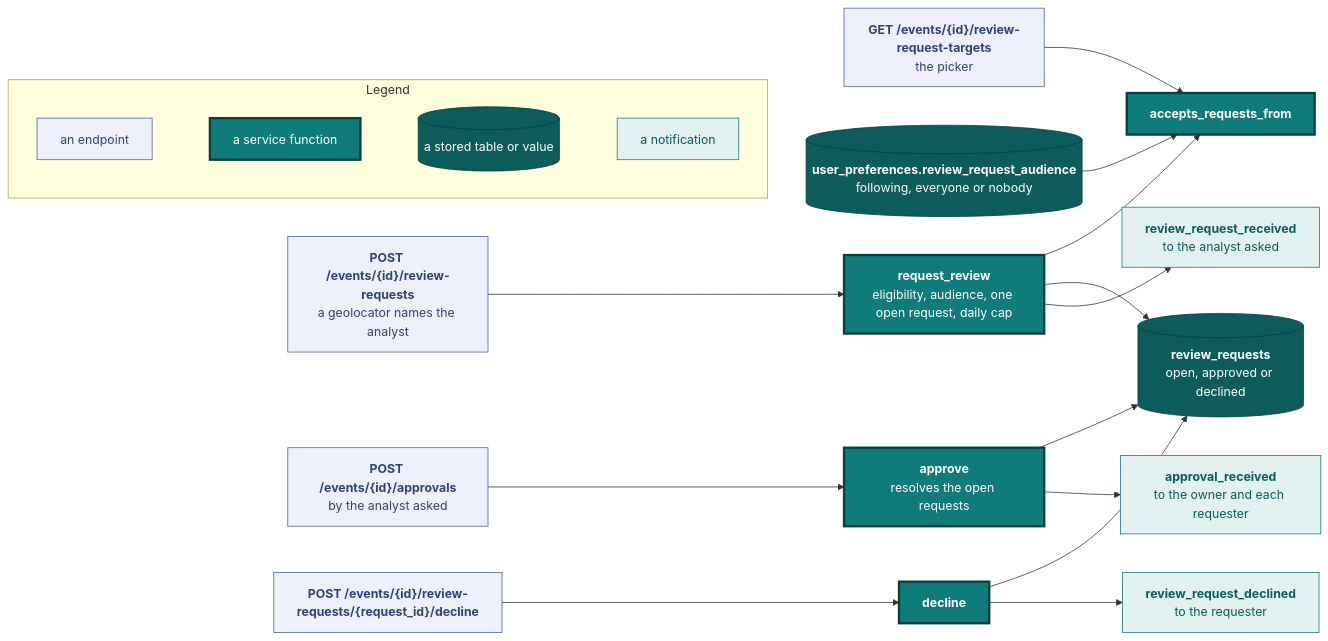
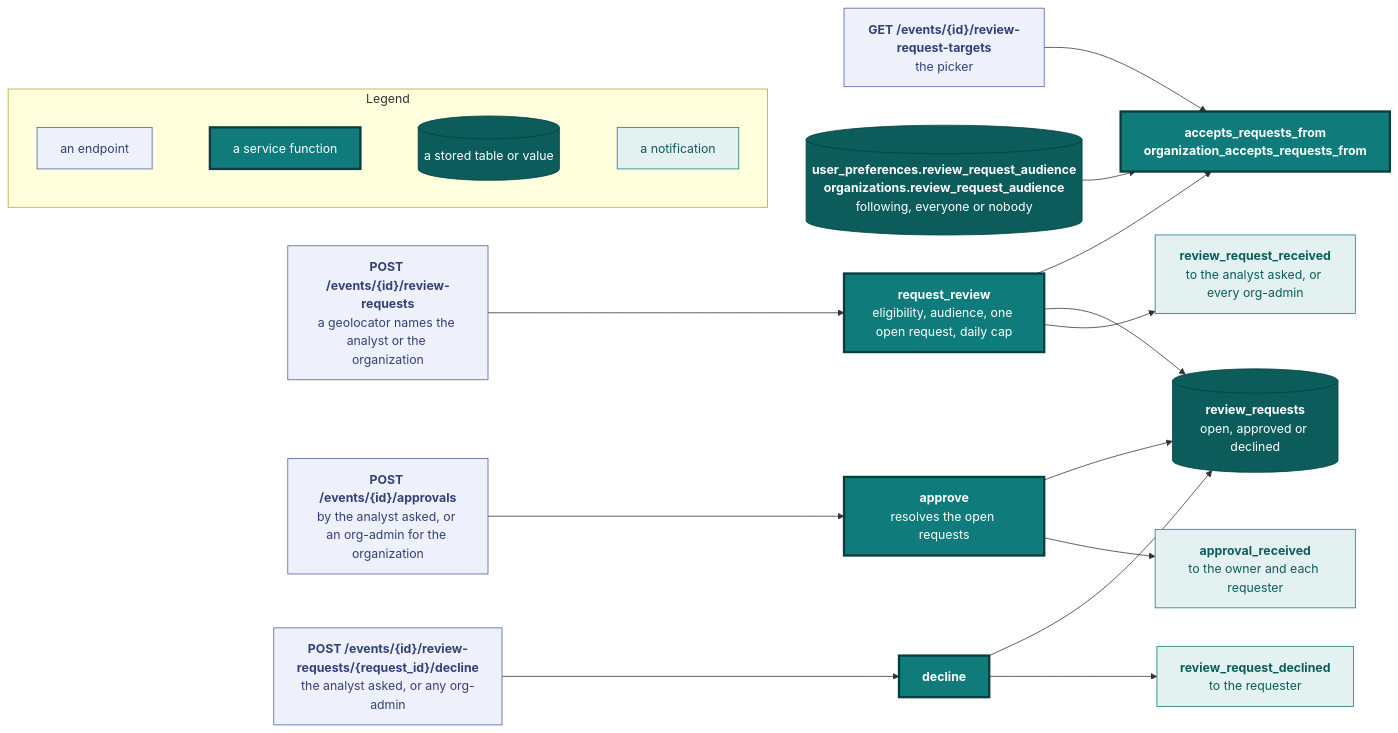
One commit to vidithq/vidit changed the fifth of 8 diagrams in docs/api.md. Above: the diagram before and after it, drawn with Mermaid. The commit also changed other lines of this file and 47 other files, not shown here.

First line of the commit message:
feat: organization approvals and review requests to organizations (#574)

````diff
--- a/docs/api.md
+++ b/docs/api.md
@@ -1563,50 +1570,53 @@
 ```mermaid
 flowchart LR
   classDef spec fill:#eef1fb,stroke:#4a5fa5,color:#33417a
   classDef core fill:#0f7b7a,stroke:#083f3e,stroke-width:3px,color:#ffffff
   classDef store fill:#0b5c5b,stroke:#083f3e,color:#ffffff
   classDef shared fill:#e3f2f1,stroke:#0f7b7a,color:#0b5c5b
 
   subgraph legend [Legend]
     direction LR
     l1["`an endpoint`"]:::spec
     l2["`a service function`"]:::core
     l3[("`a stored table or value`")]:::store
     l4["`a notification`"]:::shared
     l1 ~~~ l2 ~~~ l3 ~~~ l4
   end
 
   ask["`**POST /events/{id}/review-requests**
-  a geolocator names the analyst`"]:::spec
+  a geolocator names the analyst or the organization`"]:::spec
   targets["`**GET /events/{id}/review-request-targets**
   the picker`"]:::spec
   approve["`**POST /events/{id}/approvals**
-  by the analyst asked`"]:::spec
-  declineep["`**POST /events/{id}/review-requests/{request_id}/decline**`"]:::spec
+  by the analyst asked, or an org-admin for the organization`"]:::spec
+  declineep["`**POST /events/{id}/review-requests/{request_id}/decline**
+  the analyst asked, or any org-admin`"]:::spec
   audience[("`**user_preferences.review_request_audience**
+  **organizations.review_request_audience**
   following, everyone or nobody`")]:::store
   request["`**request_review**
   eligibility, audience, one open request, daily cap`"]:::core
-  admits["`**accepts_requests_from**`"]:::core
+  admits["`**accepts_requests_from**
+  **organization_accepts_requests_from**`"]:::core
   place["`**approve**
   resolves the open requests`"]:::core
   decline["`**decline**`"]:::core
   rows[("`**review_requests**
   open, approved or declined`")]:::store
   received["`**review_request_received**
-  to the analyst asked`"]:::shared
+  to the analyst asked, or every org-admin`"]:::shared
   approved["`**approval_received**
   to the owner and each requester`"]:::shared
   declined["`**review_request_declined**
   to the requester`"]:::shared
 
   audience --> admits
   targets --> admits
   ask --> request --> admits
   request --> rows
   request --> received
   approve --> place --> rows
   place --> approved
   declineep --> decline --> rows
   decline --> declined
 ```
````
